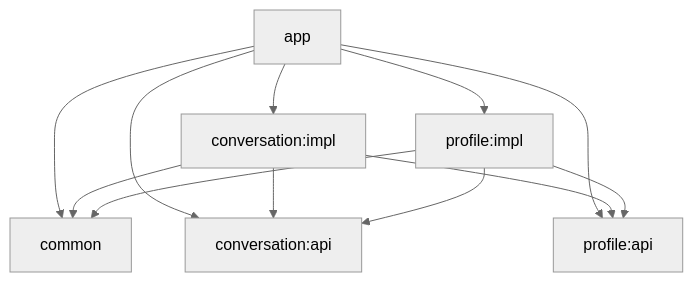
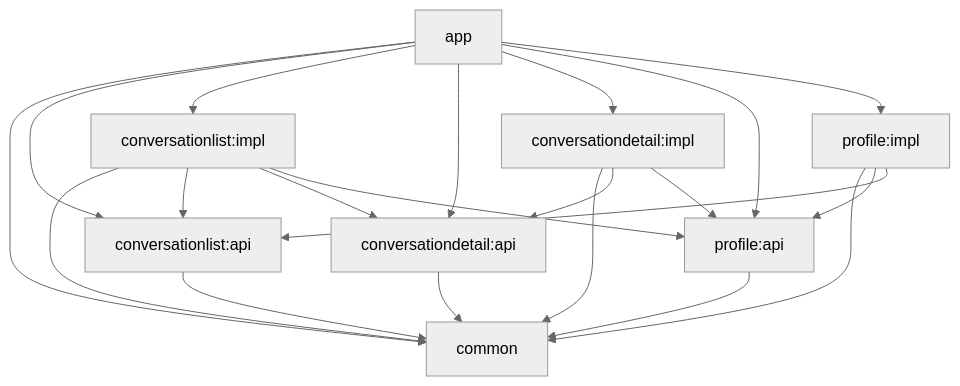
Before and after one commit to AlexTrotsenko/nav3-recipes: the diagram in modular_hilt/README.md, drawn with Mermaid (neutral theme). The commit also changed other lines of this file and 38 other files, not shown here.

Commit message:
split the conversation feature into conversationlist and conversationdetail. Show example of hybrid navigation with launching conversationdetail via activity's intent.

````diff
--- a/modular_hilt/README.md
+++ b/modular_hilt/README.md
@@ -21,14 +24,23 @@
 ```mermaid
 flowchart TD
     App[app] --> Common[common]
-    App --> CA[conversation:api]
+    App --> LA[conversationlist:api]
+    App --> LI[conversationlist:impl]
+    App --> DA[conversationdetail:api]
+    App --> DI[conversationdetail:impl]
     App --> PA[profile:api]
-    App --> CI[conversation:impl]
     App --> PI[profile:impl]
-    CI --> Common
-    CI --> CA
-    CI --> PA
+    LA --> Common
+    DA --> Common
+    PA --> Common
+    LI --> Common
+    LI --> LA
+    LI --> DA
+    LI --> PA
+    DI --> Common
+    DI --> DA
+    DI --> PA
     PI --> Common
     PI --> PA
-    PI --> CA
+    PI --> LA
 ```
````
